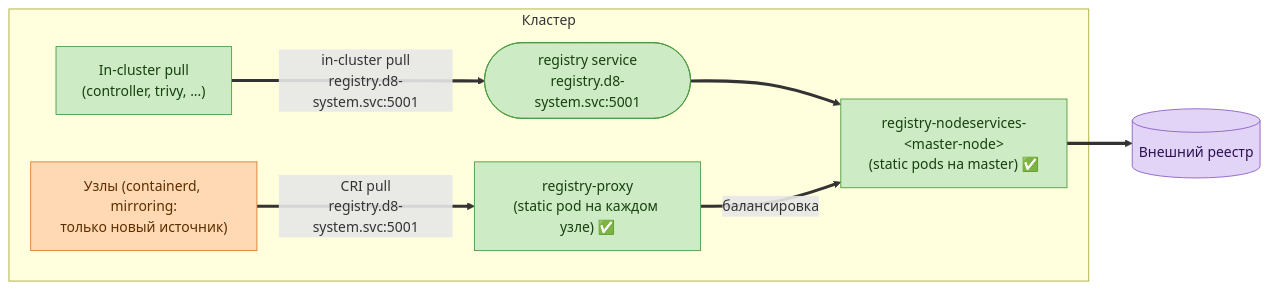
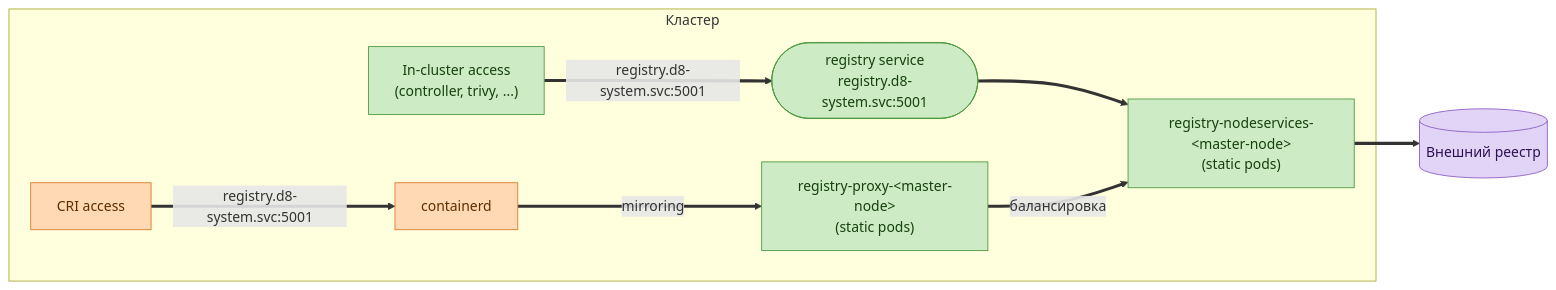
Before and after one commit to deckhouse/deckhouse: the fourth of 4 diagrams in modules/038-registry/docs/internal/REGISTRY_SWITCHING.md, drawn with Mermaid. The commit also changed other lines of this file, not shown here.

````diff
--- a/modules/038-registry/docs/internal/REGISTRY_SWITCHING.md
+++ b/modules/038-registry/docs/internal/REGISTRY_SWITCHING.md
@@ -391,23 +392,24 @@
 ```mermaid
 flowchart LR
   subgraph CLUSTER["Кластер"]
-    INPULL["In-cluster pull<br/>(controller, trivy, ...)"]
-    NODES["Узлы (containerd, mirroring:<br/>только новый источник)"]
-    SVC(["registry service<br/>registry.d8-system.svc:5001"])
-    PROXY["registry-proxy<br/>(static pod на каждом узле) ✅"]
-    SP["registry-nodeservices-&lt;master-node&gt;<br/>(static pods на master) ✅"]
+    inClusterAccess["In-cluster access<br/>(controller, trivy, ...)"]
+    criAccess["CRI access"]
+    containerd["containerd"]
+    registryService(["registry service<br/>registry.d8-system.svc:5001"])
+    registryStaticProxy["registry-proxy-&lt;master-node&gt;<br/>(static pods)"]
+    registryStaticPod["registry-nodeservices-&lt;master-node&gt;<br/>(static pods)"]
   end
 
-  EXT[("Внешний реестр")]
+  externalRegistry[("Внешний реестр")]
 
-  INPULL ==>|"in-cluster pull<br/>registry.d8-system.svc:5001"| SVC ==> SP
-  NODES ==>|"CRI pull<br/>registry.d8-system.svc:5001"| PROXY ==>|"балансировка"| SP
-  SP ==> EXT
+  inClusterAccess ==>|"registry.d8-system.svc:5001"| registryService ==> registryStaticPod
+  criAccess ==>|"registry.d8-system.svc:5001"| containerd ==> |"mirroring"| registryStaticProxy ==>|"балансировка"| registryStaticPod
+  registryStaticPod ==> externalRegistry
 
   classDef work fill:#cdebc5,stroke:#4c9a3f,color:#16400d;
   classDef cri fill:#ffd9b3,stroke:#d97a2b,color:#5c2e00;
   classDef ext fill:#e2d4f7,stroke:#8b5cc4,color:#2e1052;
-  class PROXY,SVC,INPULL,SP work;
-  class NODES cri;
-  class EXT ext;
+  class registryStaticProxy,registryService,inClusterAccess,registryStaticPod work;
+  class criAccess,containerd cri;
+  class externalRegistry ext;
 ```
````
